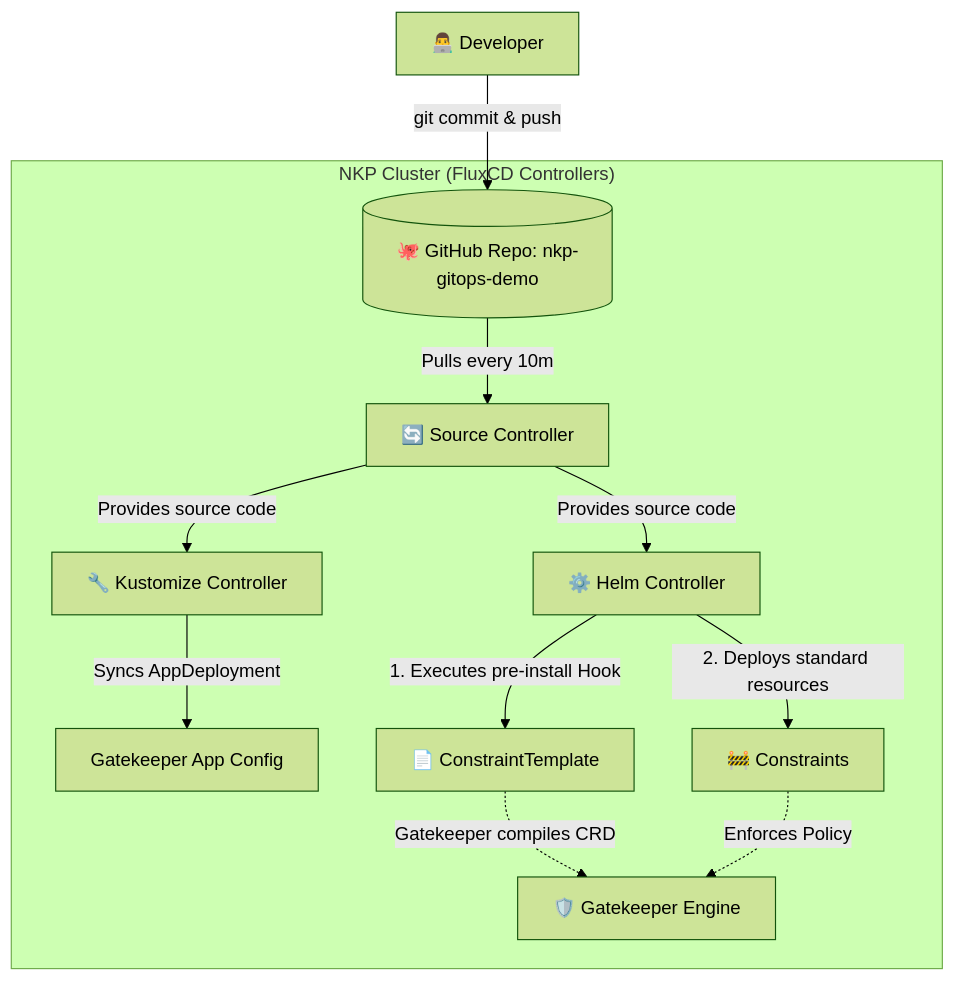
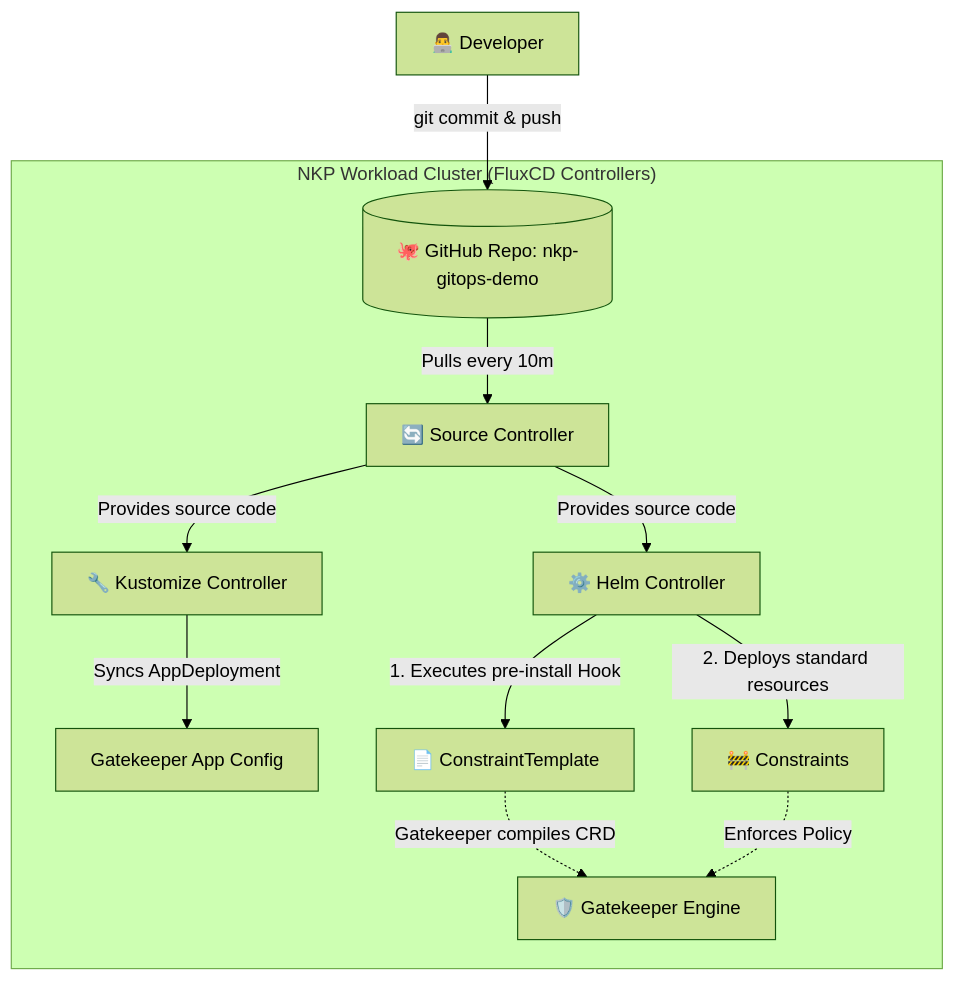
One commit to aruseX/nkp-gitops-apps-demo changed the diagram in README.md. Above: the diagram before and after it, drawn with Mermaid (forest theme). The commit also changed other lines of this file and 1 other file, not shown here.

Commit message:
removed all reference to doing this on a licensed cluster, i will create a different branch for a licensed clsuter

````diff
--- a/README.md
+++ b/README.md
@@ -69,18 +70,18 @@
 ```mermaid
 graph TD
 Developer[👨‍💻 Developer] -->|git commit & push| GitRepo[(🐙 GitHub Repo: nkp-gitops-demo)]
-subgraph "NKP Cluster (FluxCD Controllers)"
+subgraph "NKP Workload Cluster (FluxCD Controllers)"
 SourceController[🔄 Source Controller]
 HelmController[⚙️ Helm Controller]
 KustomizeController[🔧 Kustomize Controller]
 GitRepo -->|Pulls every 10m| SourceController
 SourceController -->|Provides source code| HelmController
 SourceController -->|Provides source code| KustomizeController
 KustomizeController -->|Syncs AppDeployment| Apps[Gatekeeper App Config]
 HelmController -->|1. Executes pre-install Hook| Templates[📄 ConstraintTemplate]
 Templates -.->|Gatekeeper compiles CRD| GatekeeperEngine[🛡️ Gatekeeper Engine]
 HelmController -->|2. Deploys standard resources| Constraints[🚧 Constraints]
 Constraints -.->|Enforces Policy| GatekeeperEngine
 end
 
 ```
````
